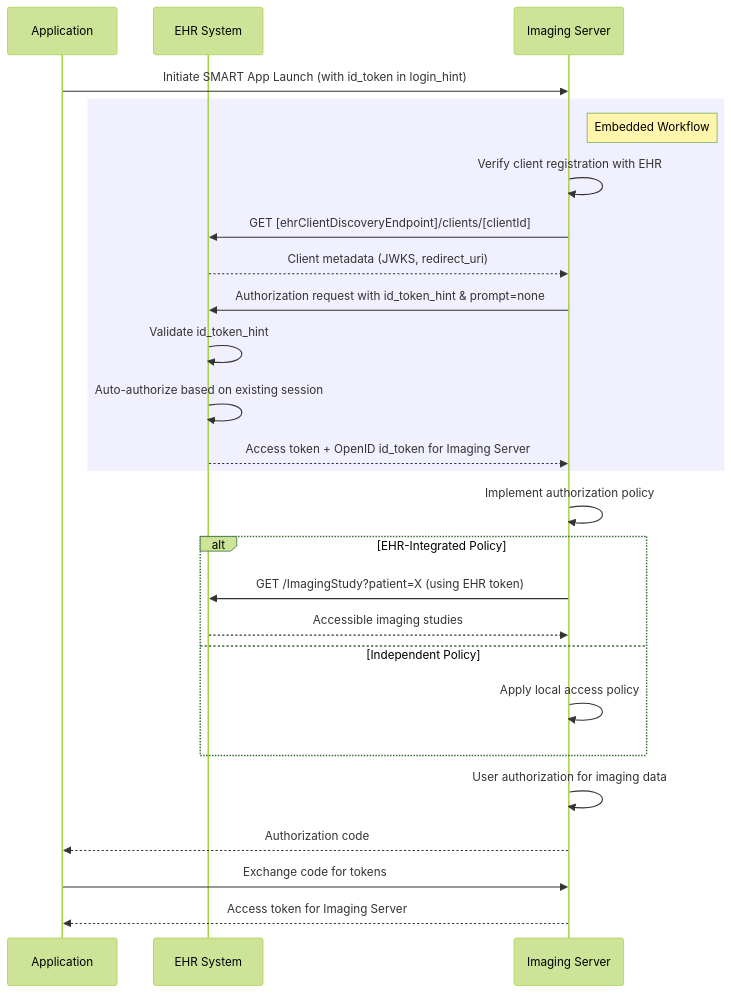
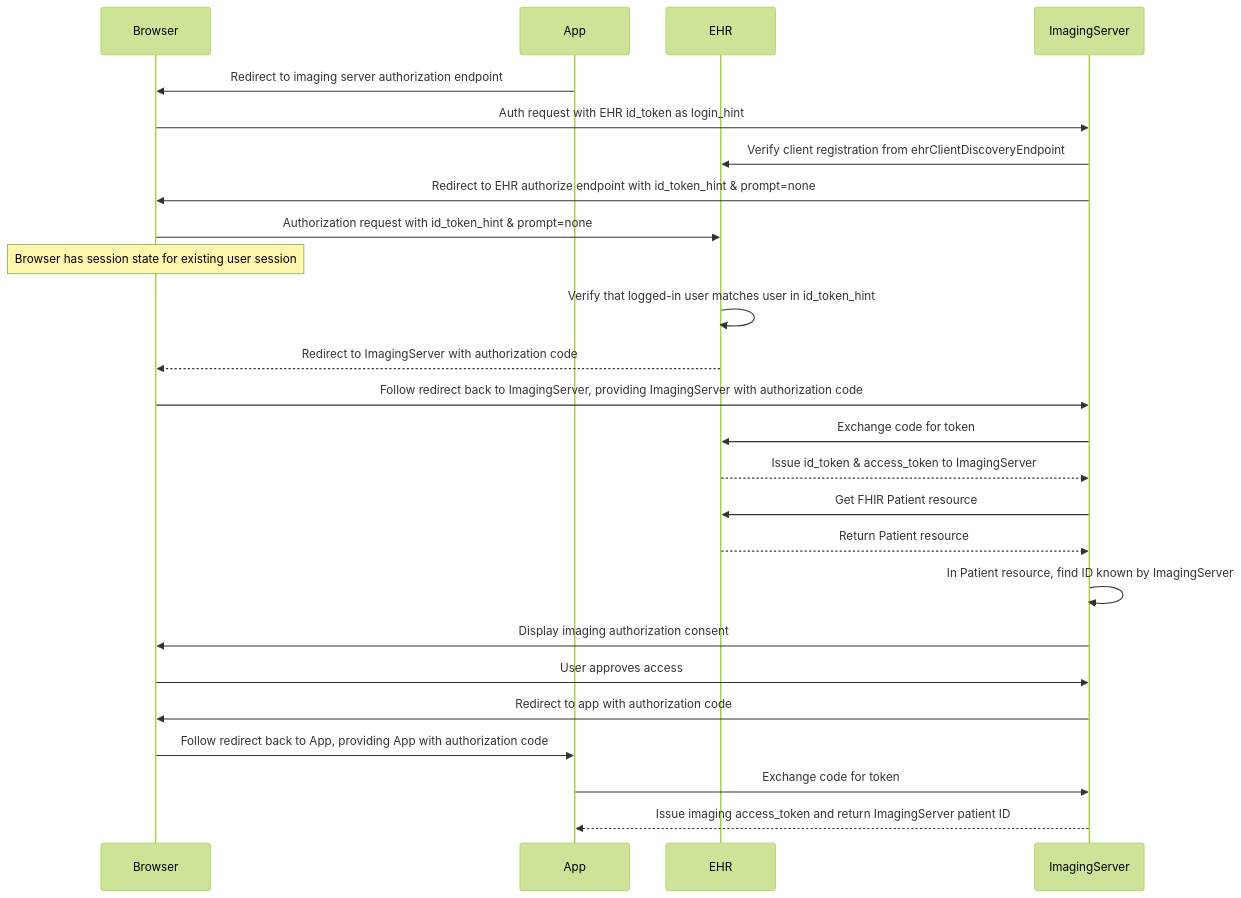
Before and after one commit to bvdh/smart-multi-auth: the third of 4 diagrams in input/pagecontent/solution-dual-smart-launch.md, drawn with Mermaid (forest theme). The commit also changed other lines of this file, not shown here.

Commit message:
Refine sequence diagrams

````diff
--- a/input/pagecontent/solution-dual-smart-launch.md
+++ b/input/pagecontent/solution-dual-smart-launch.md
@@ -117,31 +125,30 @@
 ```mermaid
 sequenceDiagram
-    participant App as Application
-    participant EHR as EHR System
-    participant IS as Imaging Server
+    participant Browser
+    participant App
+    participant EHR
+    participant ImagingServer
     
-    App->>IS: Initiate SMART App Launch (with id_token in login_hint)
+    App->>Browser: Redirect to imaging server authorization endpoint
+    Browser->>ImagingServer: Auth request with EHR id_token as login_hint
+    ImagingServer->>EHR: Verify client registration from ehrClientDiscoveryEndpoint
+    ImagingServer->>Browser: Redirect to EHR authorize endpoint with id_token_hint & prompt=none
+    Browser->>EHR: Authorization request with id_token_hint & prompt=none
+    Note over Browser: Browser has session state for existing user session 
+    EHR->>EHR: Verify that logged-in user matches user in id_token_hint
+    EHR-->>Browser: Redirect to ImagingServer with authorization code
+    Browser->>ImagingServer: Follow redirect back to ImagingServer, providing ImagingServer with authorization code
+    ImagingServer->>EHR: Exchange code for token
+    EHR-->>ImagingServer: Issue id_token & access_token to ImagingServer 
     
-    rect rgb(240, 240, 255)
-    note right of IS: Embedded Workflow
-    IS->>IS: Verify client registration with EHR
-    IS->>EHR: GET [ehrClientDiscoveryEndpoint]/clients/[clientId]
-    EHR-->>IS: Client metadata (JWKS, redirect_uri)
-    IS->>EHR: Authorization request with id_token_hint & prompt=none
-    EHR->>EHR: Validate id_token_hint
-    EHR->>EHR: Auto-authorize based on existing session
-    EHR-->>IS: Access token + OpenID id_token for Imaging Server
-    end
+    ImagingServer->>EHR: Get FHIR Patient resource
+    EHR-->>ImagingServer: Return Patient resource
+    ImagingServer->>ImagingServer: In Patient resource, find ID known by ImagingServer
     
-    IS->>IS: Implement authorization policy
-    alt EHR-Integrated Policy
-        IS->>EHR: GET /ImagingStudy?patient=X (using EHR token)
-        EHR-->>IS: Accessible imaging studies
-    else Independent Policy
-        IS->>IS: Apply local access policy
-    end
-    IS->>IS: User authorization for imaging data
-    IS-->>App: Authorization code
-    App->>IS: Exchange code for tokens
-    IS-->>App: Access token for Imaging Server
+    ImagingServer->>Browser: Display imaging authorization consent
+    Browser->>ImagingServer: User approves access
+    ImagingServer->>Browser: Redirect to app with authorization code
+    Browser->>App: Follow redirect back to App, providing App with authorization code
+    App->>ImagingServer: Exchange code for token
+    ImagingServer-->>App: Issue imaging access_token and return ImagingServer patient ID
 ```
````
